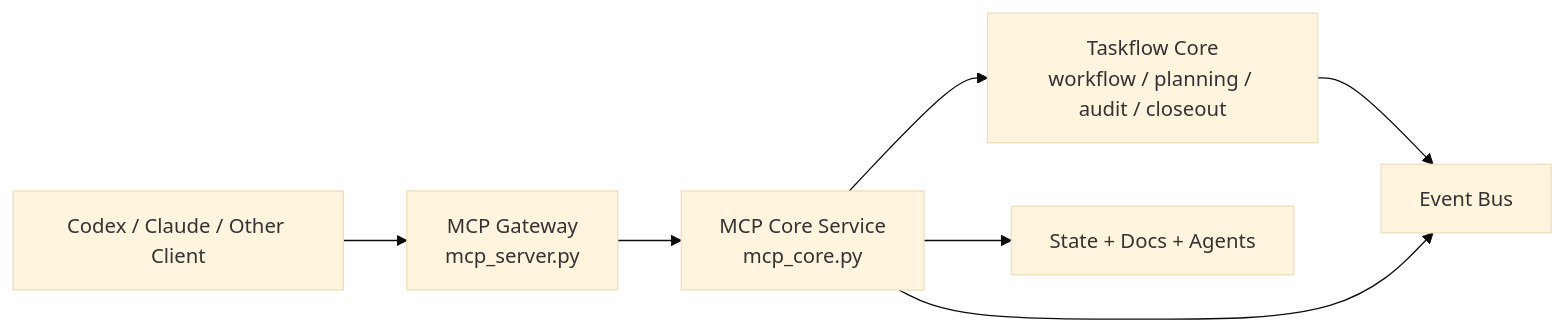
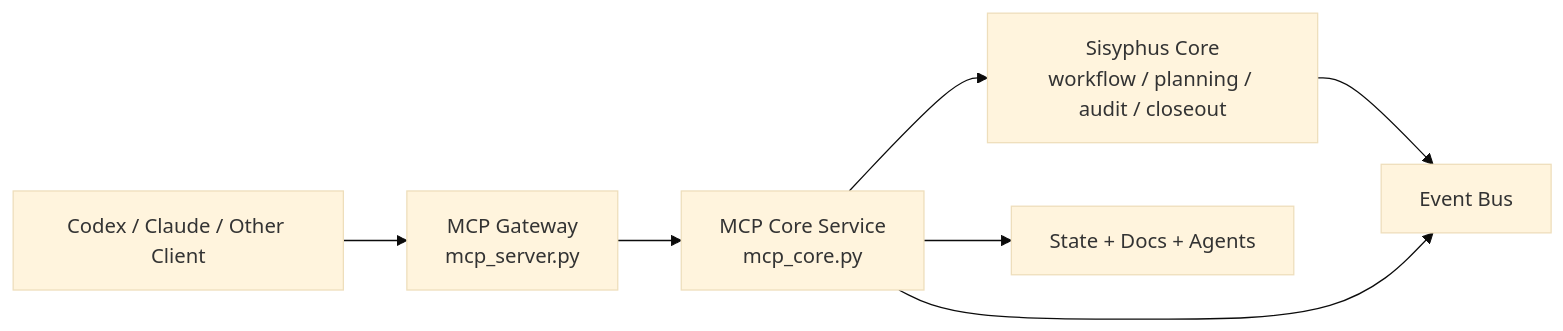
Before and after one commit to jihkang/Sisyphus: the second of 6 diagrams in docs/architecture.md, drawn with Mermaid (base theme). The commit also changed other lines of this file and 59 other files, not shown here.

````diff
--- a/docs/architecture.md
+++ b/docs/architecture.md
@@ -81,16 +81,16 @@
 ```mermaid
 flowchart LR
     A[Codex / Claude / Other Client]
     B[MCP Gateway\nmcp_server.py]
     C[MCP Core Service\nmcp_core.py]
-    D[Taskflow Core\nworkflow / planning / audit / closeout]
+    D[Sisyphus Core\nworkflow / planning / audit / closeout]
     E[State + Docs + Agents]
     F[Event Bus]
 
     A --> B
     B --> C
     C --> D
     C --> E
     D --> F
     C --> F
 ```
````
